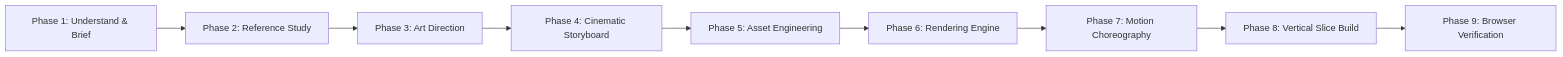
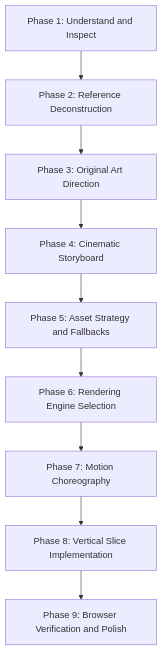
The diagram in README.md (udaydomadiya08/cinematic-scrollytelling), drawn with Mermaid before and after one commit. The commit also changed other lines of this file, not shown here.

Commit message:
fix(docs): fix mermaid diagram syntax for GitHub renderer

````diff
--- a/README.md
+++ b/README.md
@@ -96,11 +96,11 @@
 ```mermaid
-graph LR
-    P1[Phase 1: Understand & Brief] --> P2[Phase 2: Reference Study]
-    P2 --> P3[Phase 3: Art Direction]
-    P3 --> P4[Phase 4: Cinematic Storyboard]
-    P4 --> P5[Phase 5: Asset Engineering]
-    P5 --> P6[Phase 6: Rendering Engine]
-    P6 --> P7[Phase 7: Motion Choreography]
-    P7 --> P8[Phase 8: Vertical Slice Build]
-    P8 --> P9[Phase 9: Browser Verification]
+flowchart TD
+    P1["Phase 1: Understand and Inspect"] --> P2["Phase 2: Reference Deconstruction"]
+    P2 --> P3["Phase 3: Original Art Direction"]
+    P3 --> P4["Phase 4: Cinematic Storyboard"]
+    P4 --> P5["Phase 5: Asset Strategy and Fallbacks"]
+    P5 --> P6["Phase 6: Rendering Engine Selection"]
+    P6 --> P7["Phase 7: Motion Choreography"]
+    P7 --> P8["Phase 8: Vertical Slice Implementation"]
+    P8 --> P9["Phase 9: Browser Verification and Polish"]
 ```
````
